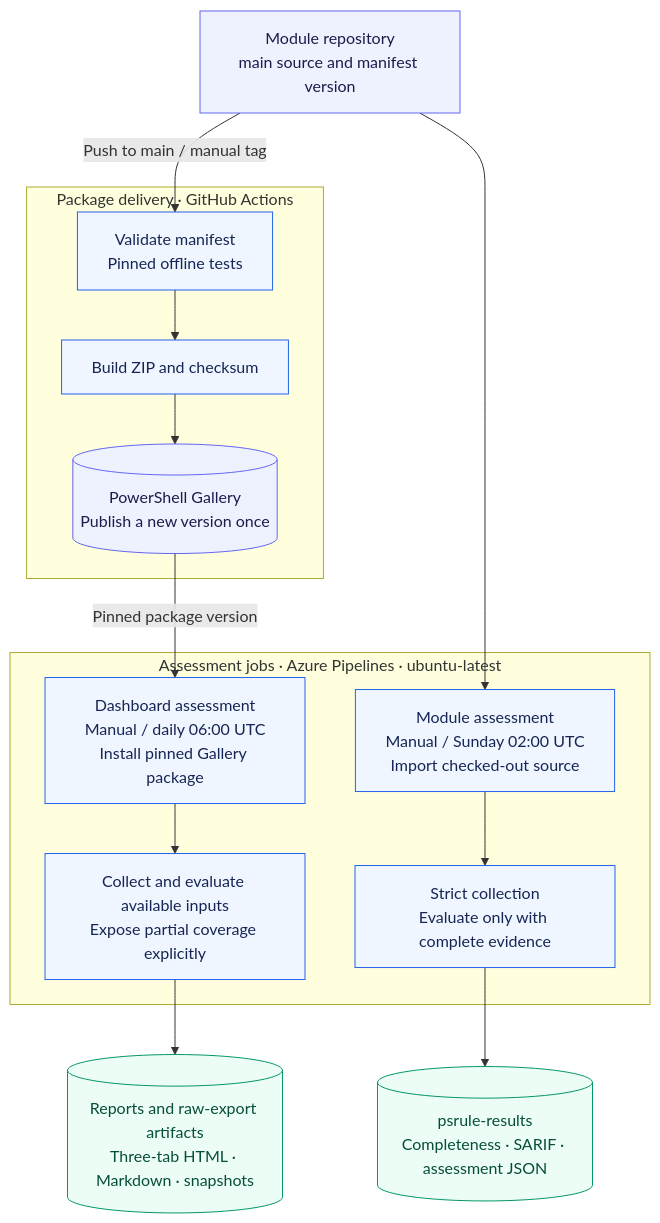
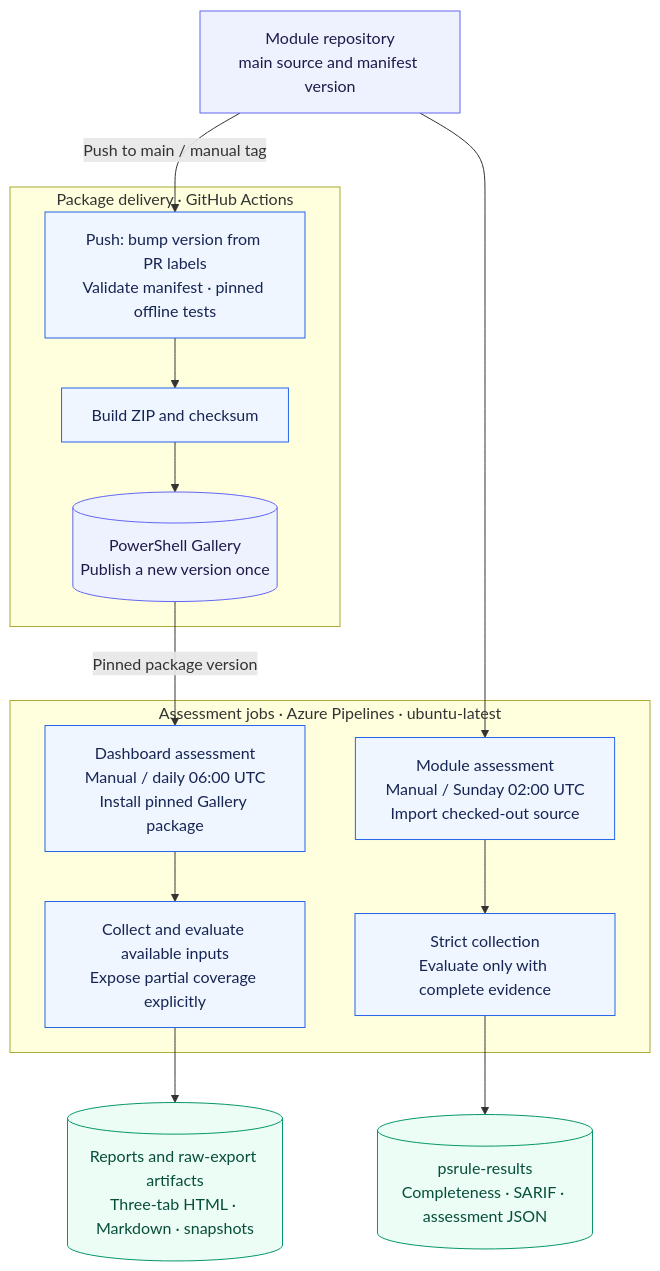
Before and after one commit to wesleycamargo/DevOpsTools.AzureDevOps.PSRule: the second of 2 diagrams in docs/architecture.md, drawn with Mermaid. The commit also changed other lines of this file and 9 other files, not shown here.

````diff
--- a/docs/architecture.md
+++ b/docs/architecture.md
@@ -144,31 +148,31 @@
 ```mermaid
 flowchart TB
     source["Module repository<br/>main source and manifest version"]
     subgraph delivery["Package delivery · GitHub Actions"]
-        validate["Validate manifest<br/>Pinned offline tests"]
+        validate["Push: bump version from PR labels<br/>Validate manifest · pinned offline tests"]
         package["Build ZIP and checksum"]
         gallery[("PowerShell Gallery<br/>Publish a new version once")]
         validate --> package --> gallery
     end
     source -->|"Push to main / manual tag"| validate
 
     subgraph hosted["Assessment jobs · Azure Pipelines · ubuntu-latest"]
         weekly["Module assessment<br/>Manual / Sunday 02:00 UTC<br/>Import checked-out source"]
         strict["Strict collection<br/>Evaluate only with complete evidence"]
         daily["Dashboard assessment<br/>Manual / daily 06:00 UTC<br/>Install pinned Gallery package"]
         partial["Collect and evaluate available inputs<br/>Expose partial coverage explicitly"]
         weekly --> strict
         daily --> partial
     end
     source --> weekly
     gallery -->|"Pinned package version"| daily
     strict --> moduleEvidence[("psrule-results<br/>Completeness · SARIF · assessment JSON")]
     partial --> dashboardEvidence[("Reports and raw-export artifacts<br/>Three-tab HTML · Markdown · snapshots")]
 
     classDef source fill:#eef2ff,stroke:#6366f1,color:#1e1b4b
     classDef step fill:#eff6ff,stroke:#2563eb,color:#172554
     classDef evidence fill:#ecfdf5,stroke:#059669,color:#064e3b
     class source,gallery source
     class validate,package,weekly,strict,daily,partial step
     class moduleEvidence,dashboardEvidence evidence
 ```
````
